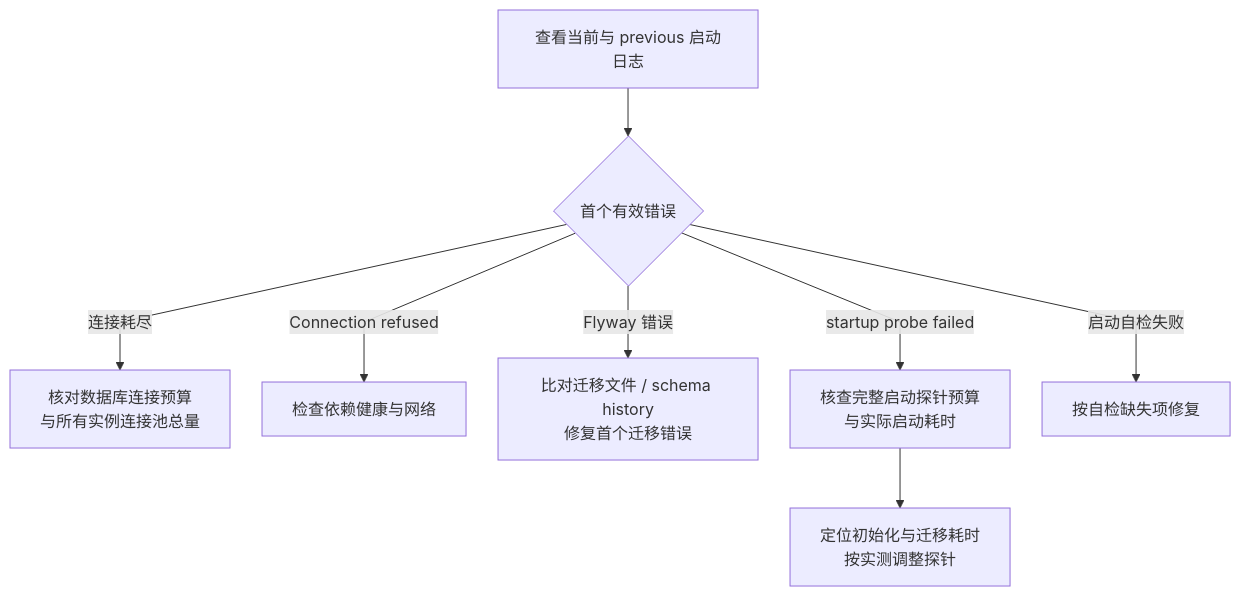
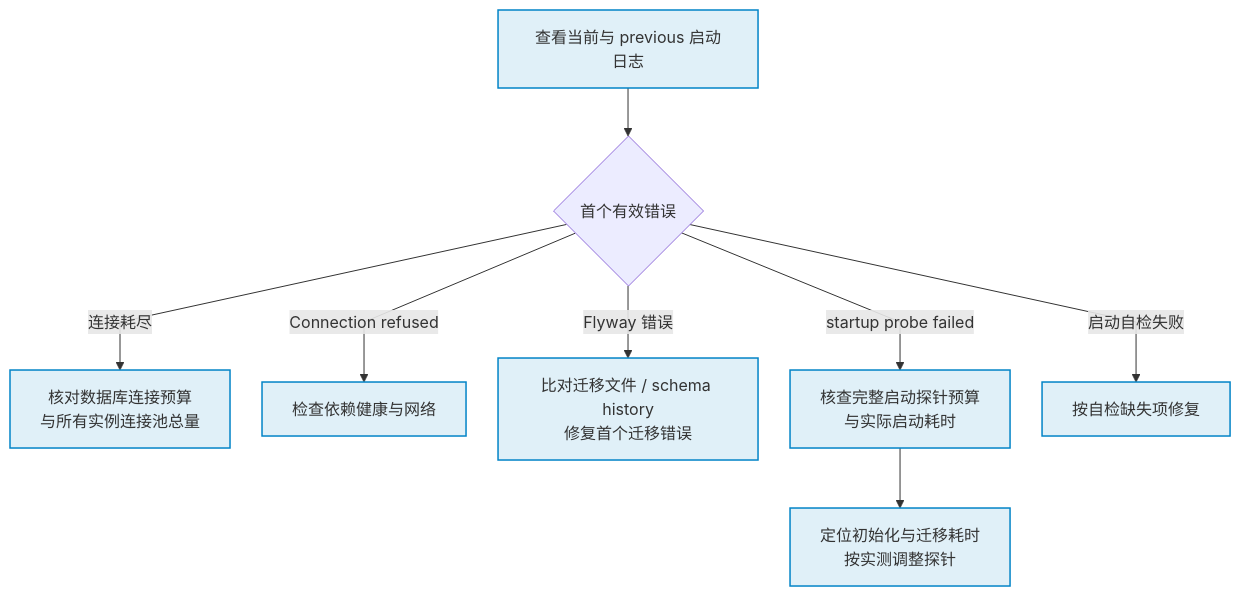
One commit to pinpols/file-batch-system changed the fifth of 5 diagrams in docs/runbook/troubleshooting-decision-tree.md. Above: the diagram before and after it, drawn with Mermaid. The commit also changed other lines of this file and 34 other files, not shown here.

First line of the commit message:
docs(diagram): 完成 P3 Mermaid 图样式收口并补充制图规范 (#1390)

````diff
--- a/docs/runbook/troubleshooting-decision-tree.md
+++ b/docs/runbook/troubleshooting-decision-tree.md
@@ -251,11 +260,13 @@
 ```mermaid
 %%{init: {"flowchart":{"curve":"linear","nodeSpacing":32,"rankSpacing":48},"sequence":{"mirrorActors":false}}}%%
 flowchart TB
-  LOG["查看当前与 previous 启动日志"] --> ERROR{"首个有效错误"}
-  ERROR -->|"连接耗尽"| PG["核对数据库连接预算<br/>与所有实例连接池总量"]
-  ERROR -->|"Connection refused"| DEP["检查依赖健康与网络"]
-  ERROR -->|"Flyway 错误"| MIGRATION["比对迁移文件 / schema history<br/>修复首个迁移错误"]
-  ERROR -->|"startup probe failed"| PROBE["核查完整启动探针预算<br/>与实际启动耗时"]
-  ERROR -->|"启动自检失败"| SELF["按自检缺失项修复"]
-  PROBE --> COST["定位初始化与迁移耗时<br/>按实测调整探针"]
+  LOG["查看当前与 previous 启动日志"]:::control --> ERROR{"首个有效错误"}
+  ERROR -->|"连接耗尽"| PG["核对数据库连接预算<br/>与所有实例连接池总量"]:::control
+  ERROR -->|"Connection refused"| DEP["检查依赖健康与网络"]:::control
+  ERROR -->|"Flyway 错误"| MIGRATION["比对迁移文件 / schema history<br/>修复首个迁移错误"]:::control
+  ERROR -->|"startup probe failed"| PROBE["核查完整启动探针预算<br/>与实际启动耗时"]:::control
+  ERROR -->|"启动自检失败"| SELF["按自检缺失项修复"]:::control
+  PROBE --> COST["定位初始化与迁移耗时<br/>按实测调整探针"]:::control
+
+  classDef control fill:#0284c71f,stroke:#0284c7,stroke-width:1.5px
 ```
````
